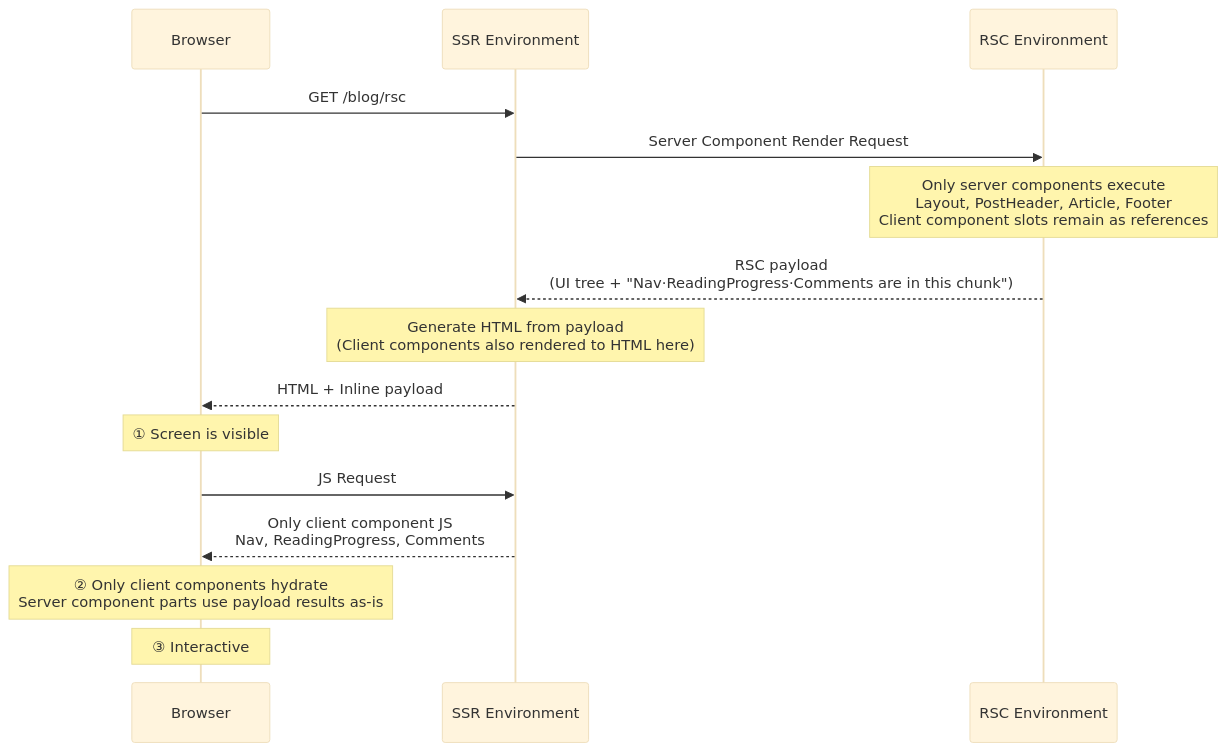
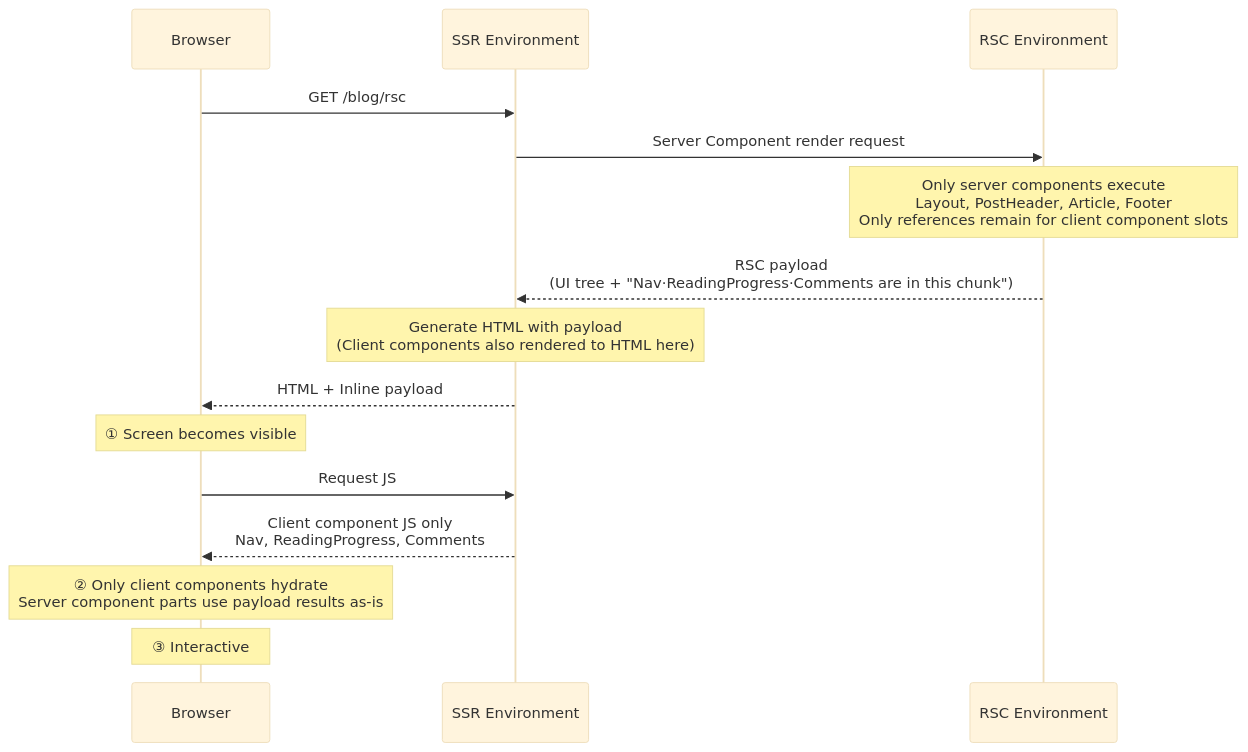
Before and after one commit to realstone2/jindol-blog: the second of 3 diagrams in content/posts/en/3dbf43437bda803cb611d315ae79cdb3.mdx, drawn with Mermaid (base theme). The commit also changed other lines of this file and 2 other files, not shown here.

First line of the commit message:
docs(post): "서버 컴포넌트" 도입부·마무리 정리 및 윤문 노션 재동기화

````diff
--- a/content/posts/en/3dbf43437bda803cb611d315ae79cdb3.mdx
+++ b/content/posts/en/3dbf43437bda803cb611d315ae79cdb3.mdx
@@ -121,18 +121,18 @@
 ```mermaid
 sequenceDiagram
   participant B as Browser
   participant SSR as SSR Environment
   participant RSC as RSC Environment
 
   B->>SSR: GET /blog/rsc
-  SSR->>RSC: Server Component Render Request
-  Note over RSC: Only server components execute<br/>Layout, PostHeader, Article, Footer<br/>Client component slots remain as references
+  SSR->>RSC: Server Component render request
+  Note over RSC: Only server components execute<br/>Layout, PostHeader, Article, Footer<br/>Only references remain for client component slots
   RSC-->>SSR: RSC payload<br/>(UI tree + "Nav·ReadingProgress·Comments are in this chunk")
-  Note over SSR: Generate HTML from payload<br/>(Client components also rendered to HTML here)
+  Note over SSR: Generate HTML with payload<br/>(Client components also rendered to HTML here)
   SSR-->>B: HTML + Inline payload
-  Note over B: ① Screen is visible
-  B->>SSR: JS Request
-  SSR-->>B: Only client component JS<br/>Nav, ReadingProgress, Comments
+  Note over B: ① Screen becomes visible
+  B->>SSR: Request JS
+  SSR-->>B: Client component JS only<br/>Nav, ReadingProgress, Comments
   Note over B: ② Only client components hydrate<br/>Server component parts use payload results as-is
   Note over B: ③ Interactive
 ```
````
